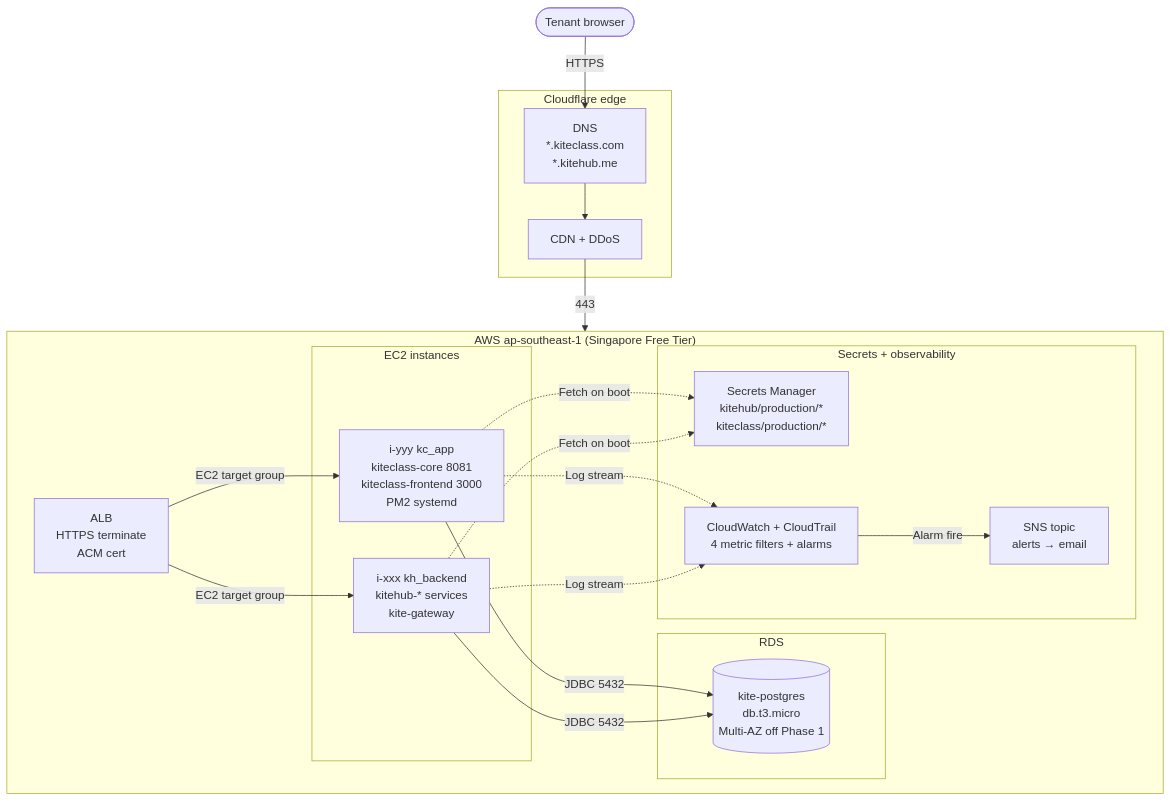
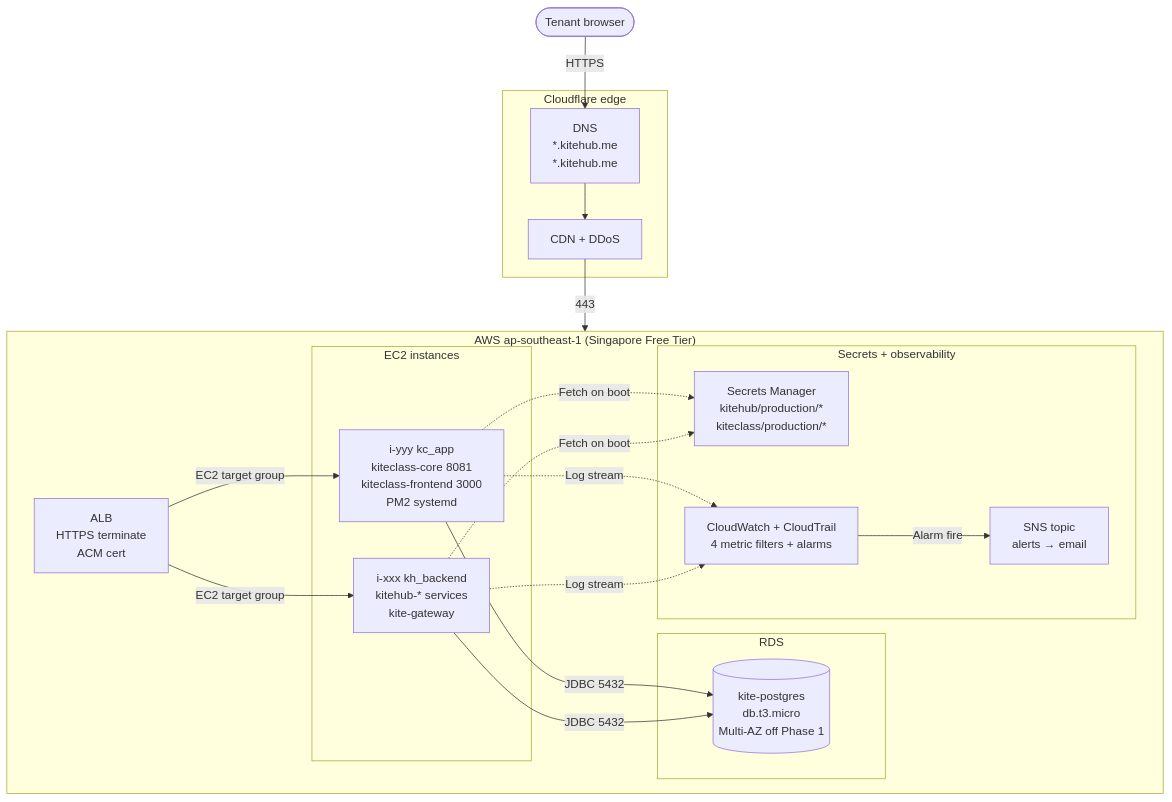
Before and after one commit to VictorAurelius/2026-Kite-Class-Platform: the fifth of 5 diagrams in documents/02-architecture/kiteclass-architecture.md, drawn with Mermaid. The commit also changed other lines of this file and 278 other files, not shown here.

First line of the commit message:
fix(domain): sweep stale kiteclass.vn/.com → canonical kitehub.me ({slug}.kitehub.me tenant) + CI detector (GAP-1241) (#2374)

````diff
--- a/documents/02-architecture/kiteclass-architecture.md
+++ b/documents/02-architecture/kiteclass-architecture.md
@@ -331,41 +331,41 @@
 ```mermaid
 flowchart TB
     subgraph Cloudflare["Cloudflare edge"]
-        CFDNS[DNS<br/>*.kiteclass.com<br/>*.kitehub.me]
+        CFDNS[DNS<br/>*.kitehub.me<br/>*.kitehub.me]
         CFCDN[CDN + DDoS]
     end
 
     subgraph AWS["AWS ap-southeast-1 (Singapore Free Tier)"]
         direction LR
 
         subgraph EC2Stack["EC2 instances"]
             EC2KH[i-xxx kh_backend<br/>kitehub-* services<br/>kite-gateway]
             EC2KC[i-yyy kc_app<br/>kiteclass-core 8081<br/>kiteclass-frontend 3000<br/>PM2 systemd]
         end
 
         subgraph RDSStack["RDS"]
             RDS[(kite-postgres<br/>db.t3.micro<br/>Multi-AZ off Phase 1)]
         end
 
         subgraph SecretsStack["Secrets + observability"]
             Secrets[Secrets Manager<br/>kitehub/production/*<br/>kiteclass/production/*]
             CW[CloudWatch + CloudTrail<br/>4 metric filters + alarms]
             SNS[SNS topic<br/>alerts → email]
         end
 
         ALB[ALB<br/>HTTPS terminate<br/>ACM cert]
     end
 
     Browser([Tenant browser]) -->|HTTPS| CFDNS
     CFDNS --> CFCDN
     CFCDN -->|443| ALB
     ALB -->|EC2 target group| EC2KC
     ALB -->|EC2 target group| EC2KH
     EC2KC -->|JDBC 5432| RDS
     EC2KH -->|JDBC 5432| RDS
     EC2KC -.->|Fetch on boot| Secrets
     EC2KH -.->|Fetch on boot| Secrets
     EC2KC -.->|Log stream| CW
     EC2KH -.->|Log stream| CW
     CW -->|Alarm fire| SNS
 ```
````
